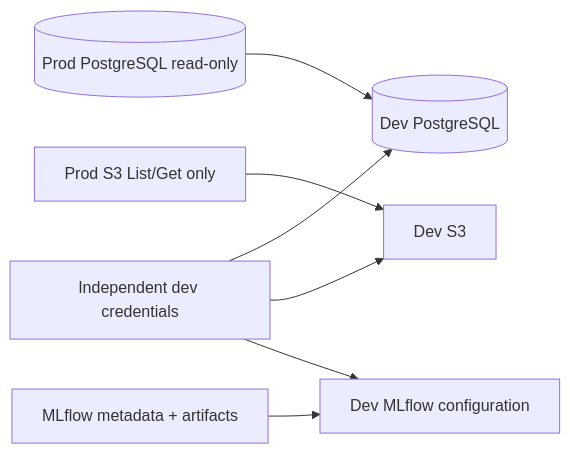
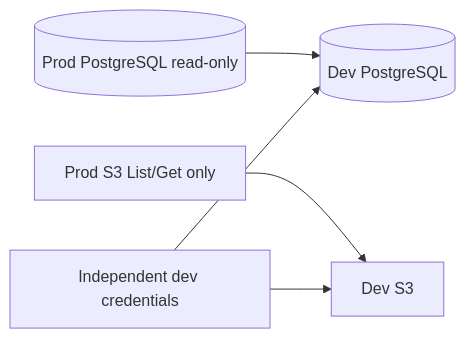
One commit to KamilGrundas/self-checkout changed the diagram in docs/data-refresh.md. Above: the diagram before and after it, drawn with Mermaid. The commit also changed other lines of this file and 8 other files, not shown here.

Commit message:
docs(workspace): document native labeling architecture

````diff
--- a/docs/data-refresh.md
+++ b/docs/data-refresh.md
@@ -5,9 +5,7 @@
 ```mermaid
 flowchart LR
   PP[(Prod PostgreSQL read-only)] --> DP[(Dev PostgreSQL)]
   PS[Prod S3 List/Get only] --> DS[Dev S3]
-  PM[MLflow metadata + artifacts] --> DM[Dev MLflow configuration]
   D[Independent dev credentials] --> DP
   D --> DS
-  D --> DM
 ```
````
